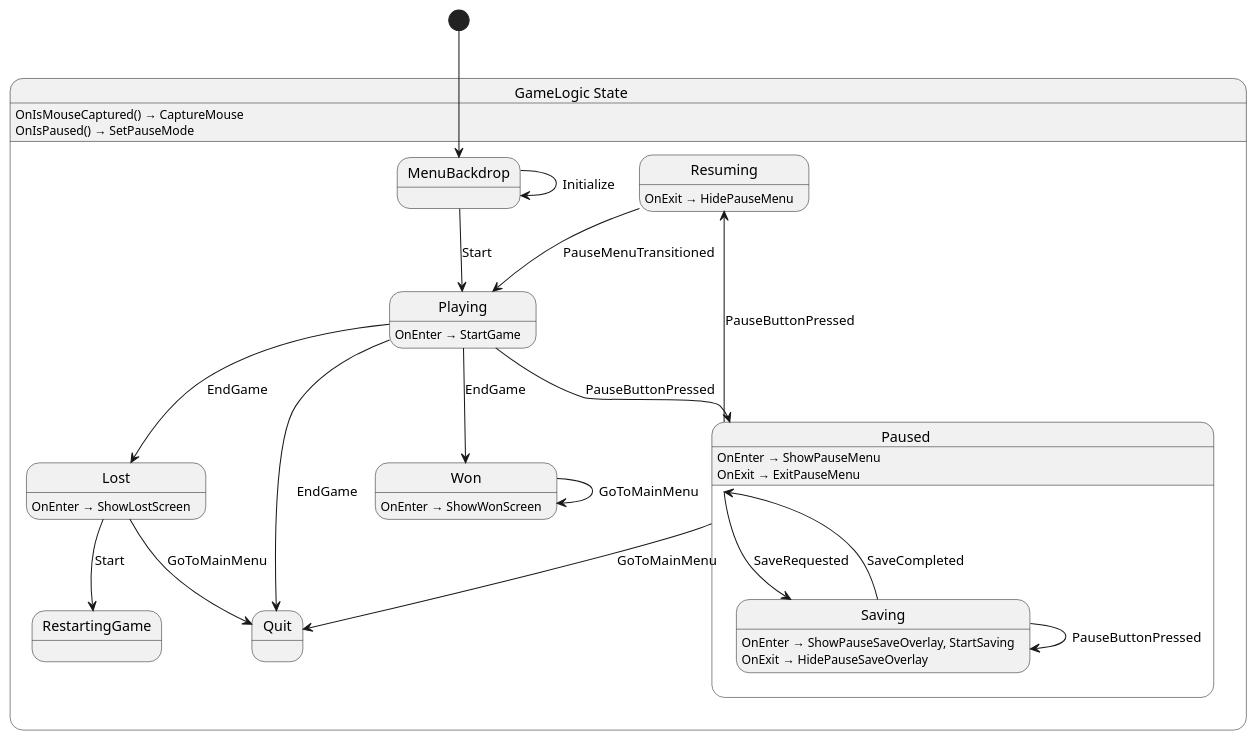
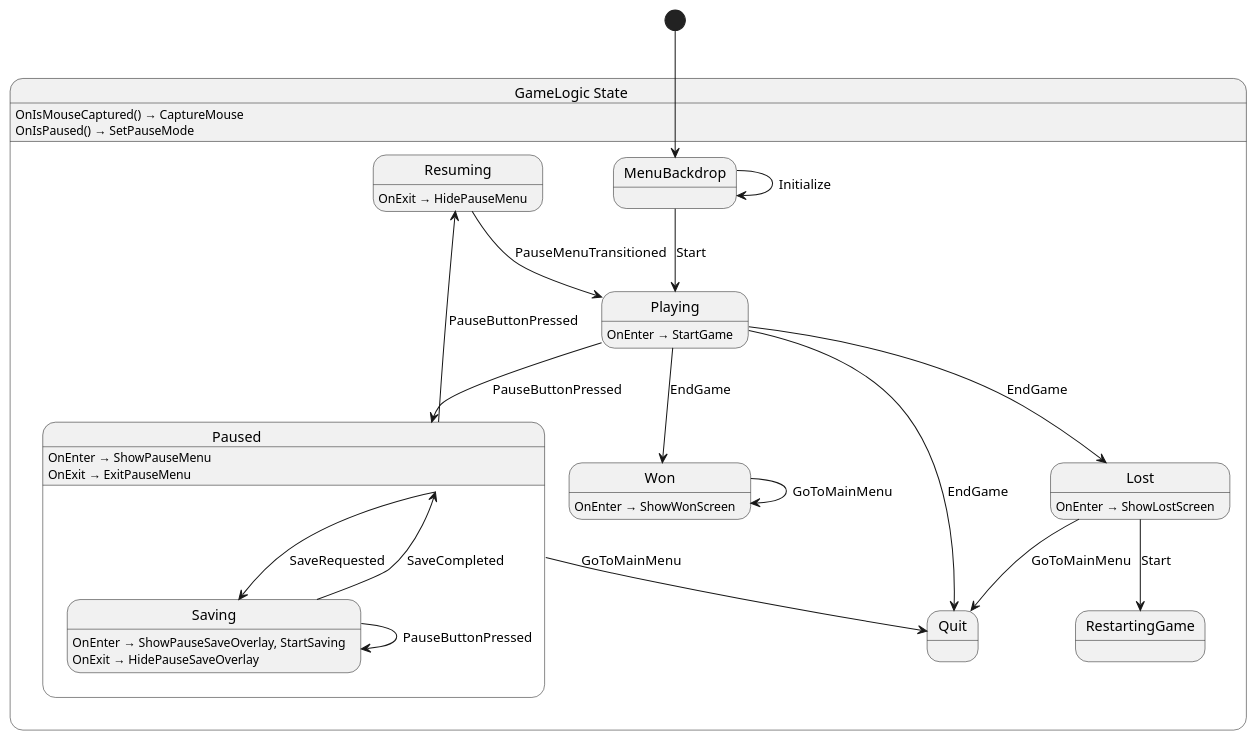
One commit to maximemousserin/Cs001 changed the diagram in src/game/state/GameLogic.g.puml. Above: the diagram before and after it, drawn with PlantUML. The commit also changed other lines of this file and 16 other files, not shown here.

```diff
--- a/src/game/state/GameLogic.g.puml
+++ b/src/game/state/GameLogic.g.puml
@@ -1,43 +1,43 @@
 @startuml GameLogic
 state "GameLogic State" as Cs001_GameLogic_State {
-  state "RestartingGame" as Cs001_GameLogic_State_RestartingGame
+  state "Lost" as Cs001_GameLogic_State_Lost
+  state "MenuBackdrop" as Cs001_GameLogic_State_MenuBackdrop
   state "Paused" as Cs001_GameLogic_State_Paused {
     state "Saving" as Cs001_GameLogic_State_Saving
   }
-  state "Won" as Cs001_GameLogic_State_Won
-  state "Lost" as Cs001_GameLogic_State_Lost
-  state "Resuming" as Cs001_GameLogic_State_Resuming
-  state "MenuBackdrop" as Cs001_GameLogic_State_MenuBackdrop
   state "Playing" as Cs001_GameLogic_State_Playing
   state "Quit" as Cs001_GameLogic_State_Quit
+  state "RestartingGame" as Cs001_GameLogic_State_RestartingGame
+  state "Resuming" as Cs001_GameLogic_State_Resuming
+  state "Won" as Cs001_GameLogic_State_Won
 }
 
 Cs001_GameLogic_State_Lost --> Cs001_GameLogic_State_Quit : GoToMainMenu
 Cs001_GameLogic_State_Lost --> Cs001_GameLogic_State_RestartingGame : Start
 Cs001_GameLogic_State_MenuBackdrop --> Cs001_GameLogic_State_MenuBackdrop : Initialize
 Cs001_GameLogic_State_MenuBackdrop --> Cs001_GameLogic_State_Playing : Start
 Cs001_GameLogic_State_Paused --> Cs001_GameLogic_State_Quit : GoToMainMenu
 Cs001_GameLogic_State_Paused --> Cs001_GameLogic_State_Resuming : PauseButtonPressed
 Cs001_GameLogic_State_Paused --> Cs001_GameLogic_State_Saving : SaveRequested
 Cs001_GameLogic_State_Playing --> Cs001_GameLogic_State_Lost : EndGame
 Cs001_GameLogic_State_Playing --> Cs001_GameLogic_State_Paused : PauseButtonPressed
 Cs001_GameLogic_State_Playing --> Cs001_GameLogic_State_Quit : EndGame
 Cs001_GameLogic_State_Playing --> Cs001_GameLogic_State_Won : EndGame
 Cs001_GameLogic_State_Resuming --> Cs001_GameLogic_State_Playing : PauseMenuTransitioned
 Cs001_GameLogic_State_Saving --> Cs001_GameLogic_State_Paused : SaveCompleted
 Cs001_GameLogic_State_Saving --> Cs001_GameLogic_State_Saving : PauseButtonPressed
 Cs001_GameLogic_State_Won --> Cs001_GameLogic_State_Won : GoToMainMenu
 
 Cs001_GameLogic_State : OnIsMouseCaptured() → CaptureMouse
 Cs001_GameLogic_State : OnIsPaused() → SetPauseMode
 Cs001_GameLogic_State_Lost : OnEnter → ShowLostScreen
 Cs001_GameLogic_State_Paused : OnEnter → ShowPauseMenu
 Cs001_GameLogic_State_Paused : OnExit → ExitPauseMenu
 Cs001_GameLogic_State_Playing : OnEnter → StartGame
 Cs001_GameLogic_State_Resuming : OnExit → HidePauseMenu
 Cs001_GameLogic_State_Saving : OnEnter → ShowPauseSaveOverlay, StartSaving
 Cs001_GameLogic_State_Saving : OnExit → HidePauseSaveOverlay
 Cs001_GameLogic_State_Won : OnEnter → ShowWonScreen
 
 [*] --> Cs001_GameLogic_State_MenuBackdrop
 @enduml
```
